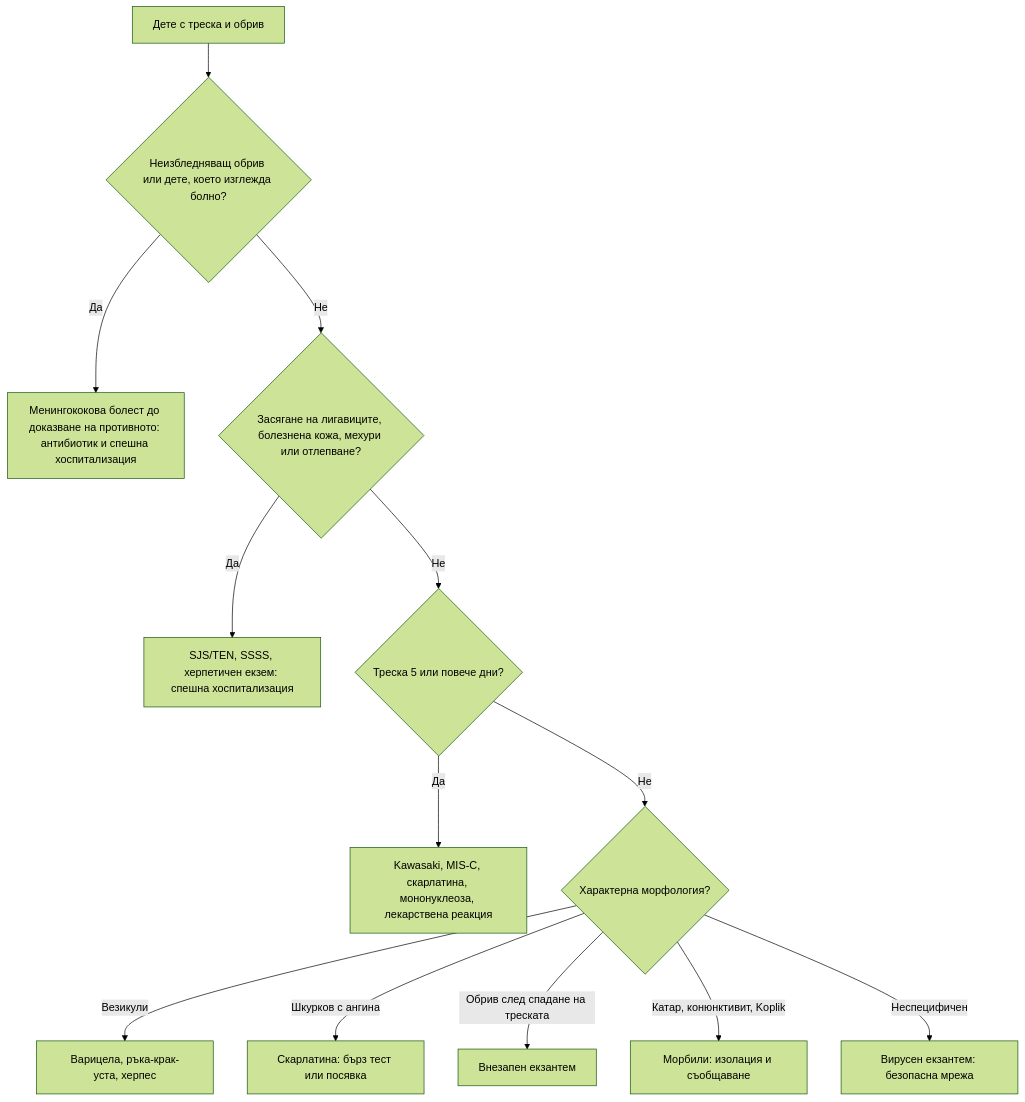
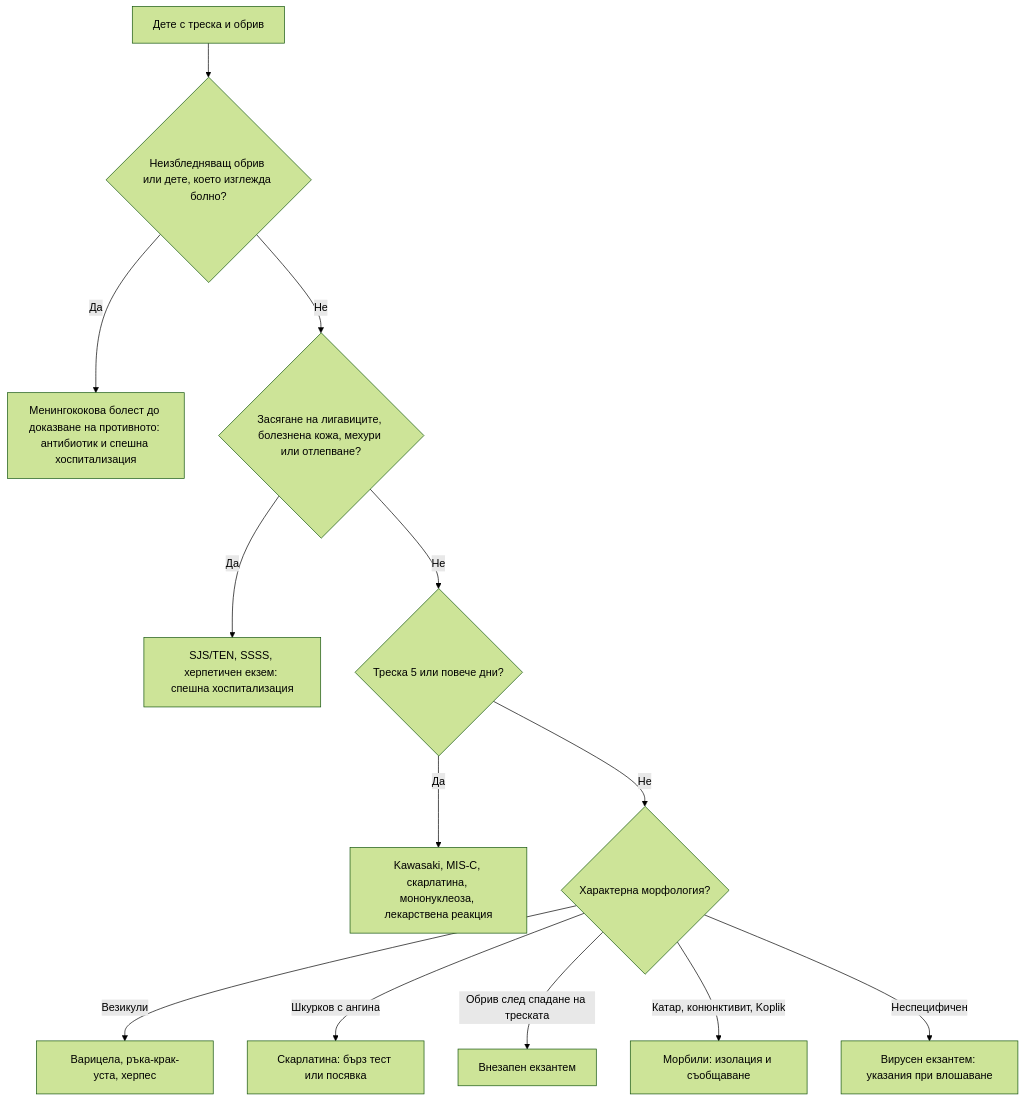
One commit to yancho26/yancho changed the diagram in glavi/69-obrivi-detsa.md. Above: the diagram before and after it, drawn with Mermaid (forest theme). The commit also changed other lines of this file and 90 other files, not shown here.

````diff
--- a/glavi/69-obrivi-detsa.md
+++ b/glavi/69-obrivi-detsa.md
@@ -211,17 +211,17 @@
 ```mermaid
 flowchart TD
     accTitle: Диагностичен алгоритъм при фебрилно дете с обрив
     accDescr: Блок-схема. Начало: Дете с треска и обрив. Въпроси: Неизбледняващ обрив или дете, което изглежда болно? · Засягане на лигавиците, болезнена кожа, мехури или отлепване? · Треска 5 или повече дни? · Характерна морфология? Пълното текстово описание е под схемата.
     A["Дете с треска и обрив"] --> B{"Неизбледняващ обрив или дете, което изглежда болно?"}
     B -->|Да| C["Менингококова болест до доказване на противното: антибиотик и спешна хоспитализация"]
     B -->|Не| D{"Засягане на лигавиците, болезнена кожа, мехури или отлепване?"}
     D -->|Да| E["SJS/TEN, SSSS, херпетичен екзем: спешна хоспитализация"]
     D -->|Не| F{"Треска 5 или повече дни?"}
     F -->|Да| G["Kawasaki, MIS-C, скарлатина, мононуклеоза, лекарствена реакция"]
     F -->|Не| H{"Характерна морфология?"}
     H -->|Везикули| I["Варицела, ръка-крак-уста, херпес"]
     H -->|Шкурков с ангина| J["Скарлатина: бърз тест или посявка"]
     H -->|Обрив след спадане на треската| K["Внезапен екзантем"]
     H -->|Катар, конюнктивит, Koplik| L["Морбили: изолация и съобщаване"]
-    H -->|Неспецифичен| M["Вирусен екзантем: безопасна мрежа"]
+    H -->|Неспецифичен| M["Вирусен екзантем: указания при влошаване"]
 ```
````
